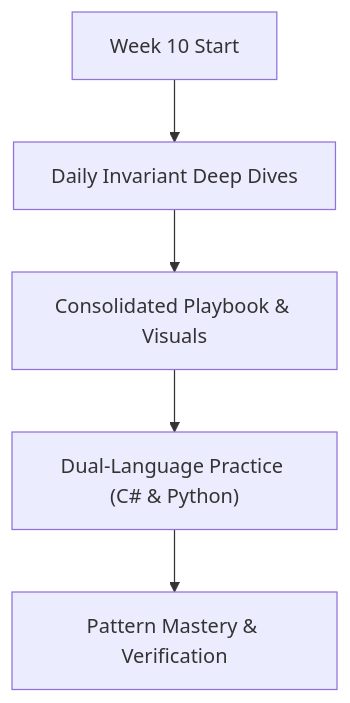
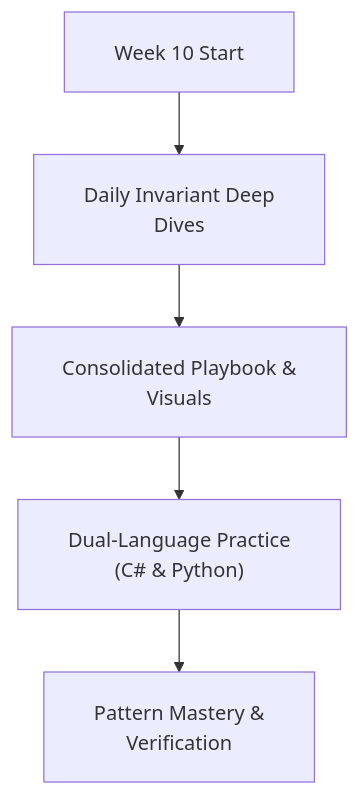
The diagram in week_10_dynamic_programming_i_fundamentals/README.md (dip4k/DSA_102), drawn with Mermaid before and after one commit. The commit also changed 108 other files, not shown here.

First line of the commit message:
fix(mermaid): resolve diagram clipping, padding, and syntax issues across repo

````diff
--- a/week_10_dynamic_programming_i_fundamentals/README.md
+++ b/week_10_dynamic_programming_i_fundamentals/README.md
@@ -16,7 +16,8 @@
 ```mermaid
+%%{init: {"flowchart": {"htmlLabels": true, "padding": 20}}}%%
 flowchart TD
-    Start["Week 10 Start"] --> Daily["Daily Invariant Deep Dives"]
-    Daily --> Playbook["Consolidated Playbook & Visuals"]
-    Playbook --> DualLang["Dual-Language Practice (C# & Python)"]
-    DualLang --> Mastery["Pattern Mastery & Verification"]
+    Start["Week 10 Start"] --> Daily["Daily Invariant Deep<br/>Dives"]
+    Daily --> Playbook["Consolidated Playbook &<br/>Visuals"]
+    Playbook --> DualLang["Dual-Language Practice<br/>(C# & Python)"]
+    DualLang --> Mastery["Pattern Mastery &<br/>Verification"]
 ```
````
